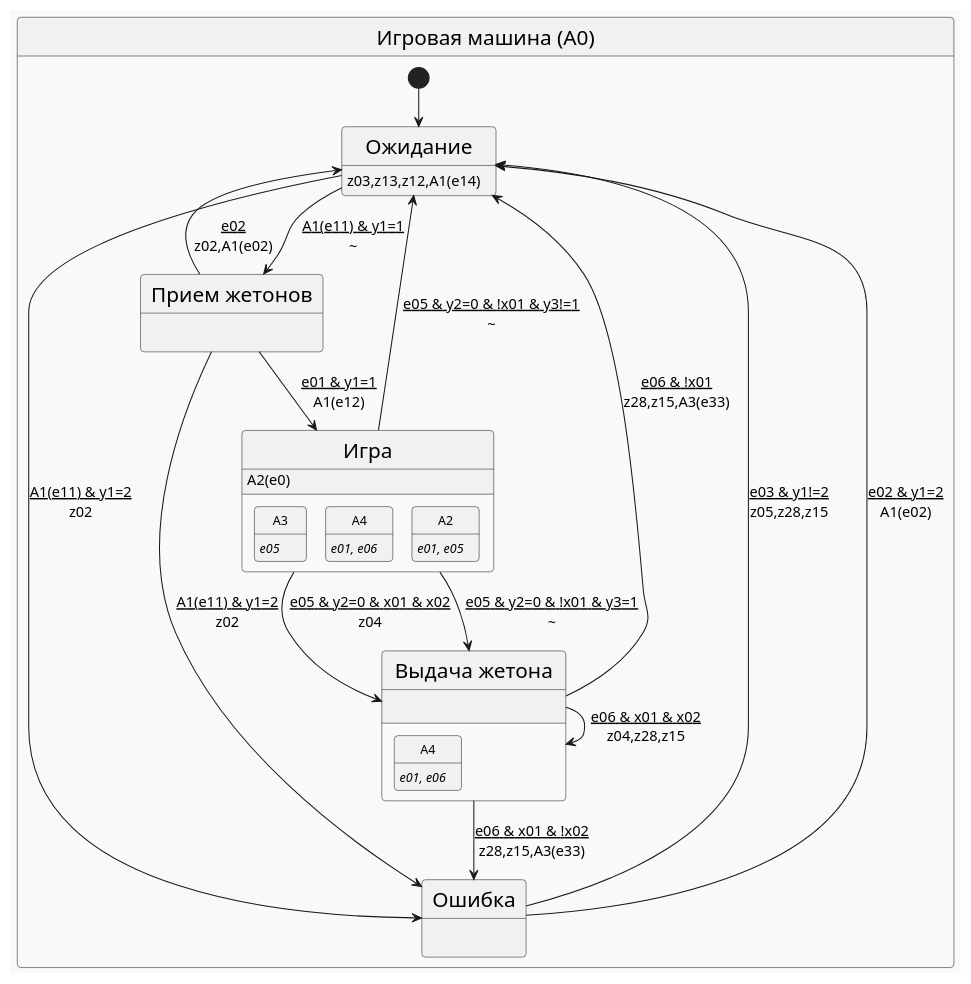
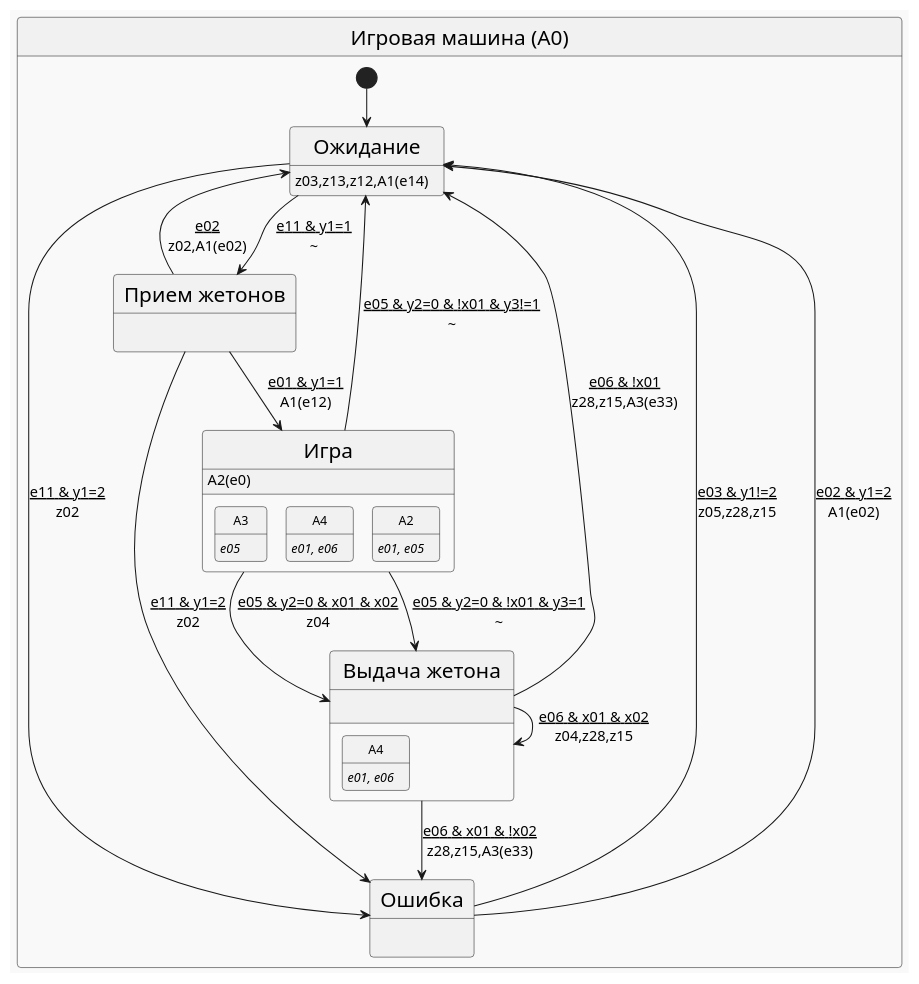
Before and after one commit to PhoenixNazarov/fsm-multiply: the diagram in articles/multiply_many_nested/puml/a0.puml, drawn with PlantUML. The commit also changed 12 other files, not shown here.

```diff
--- a/articles/multiply_many_nested/puml/a0.puml
+++ b/articles/multiply_many_nested/puml/a0.puml
@@ -1,34 +1,34 @@
 @startuml
 !theme mars
 skinparam stateFontSize 20
 skinparam arrowFontSize 14
 state "Игровая машина (A0)" as A0 {
     [*] --> A00
     state "Ожидание" as A00 : <size:14>z03,z13,z12,A1(e14)
     state "Прием жетонов" as A01 : 
     state "Игра" as A02 : <size:14>A2(e0)
     state "Ошибка" as A03 : 
     state "Выдача жетона" as A04 : 
     state "Игра" as A02 {
         state "<size:12>A3" as F1 : <size:12><i>e05
         state "<size:12>A4" as F2 : <size:12><i>e01, e06
         state "<size:12>A2" as F3 : <size:12><i>e01, e05
     }
     state "Выдача жетона" as A04 {
         state "<size:12>A4" as F4 : <size:12><i>e01, e06
     }
-    A00 --> A01 : <u>A1(e11) & y1=1\n~
-    A00 --> A03 : <u>A1(e11) & y1=2\nz02
+    A00 --> A01 : <u>e11 & y1=1\n~
+    A00 --> A03 : <u>e11 & y1=2\nz02
     A01 --> A00 : <u>e02\nz02,A1(e02)
     A01 --> A02 : <u>e01 & y1=1\nA1(e12)
-    A01 --> A03 : <u>A1(e11) & y1=2\nz02
+    A01 --> A03 : <u>e11 & y1=2\nz02
     A02 --> A04 : <u>e05 & y2=0 & x01 & x02\nz04
     A02 --> A04 : <u>e05 & y2=0 & !x01 & y3=1\n~
     A02 --> A00 : <u>e05 & y2=0 & !x01 & y3!=1\n~
     A03 --> A00 : <u>e03 & y1!=2\nz05,z28,z15
     A03 --> A00 : <u>e02 & y1=2\nA1(e02)
     A04 --> A04 : <u>e06 & x01 & x02\nz04,z28,z15
     A04 --> A03 : <u>e06 & x01 & !x02\nz28,z15,A3(e33)
     A04 --> A00 : <u>e06 & !x01\nz28,z15,A3(e33)
 }
 @enduml
```
